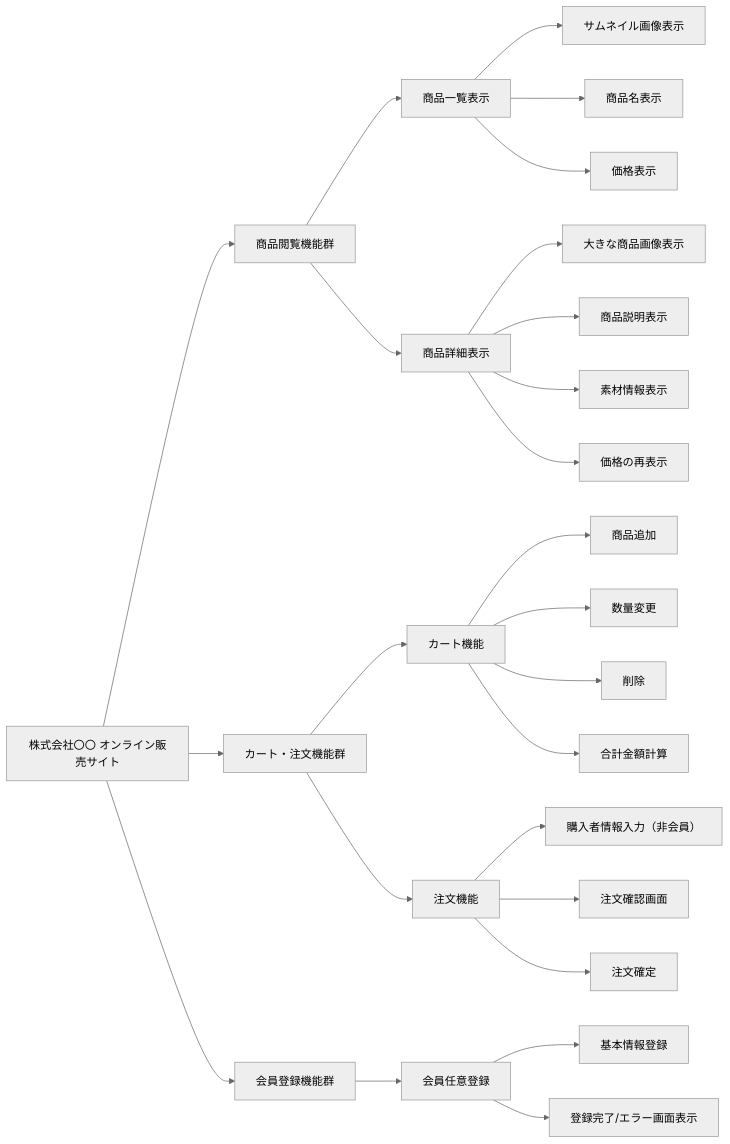
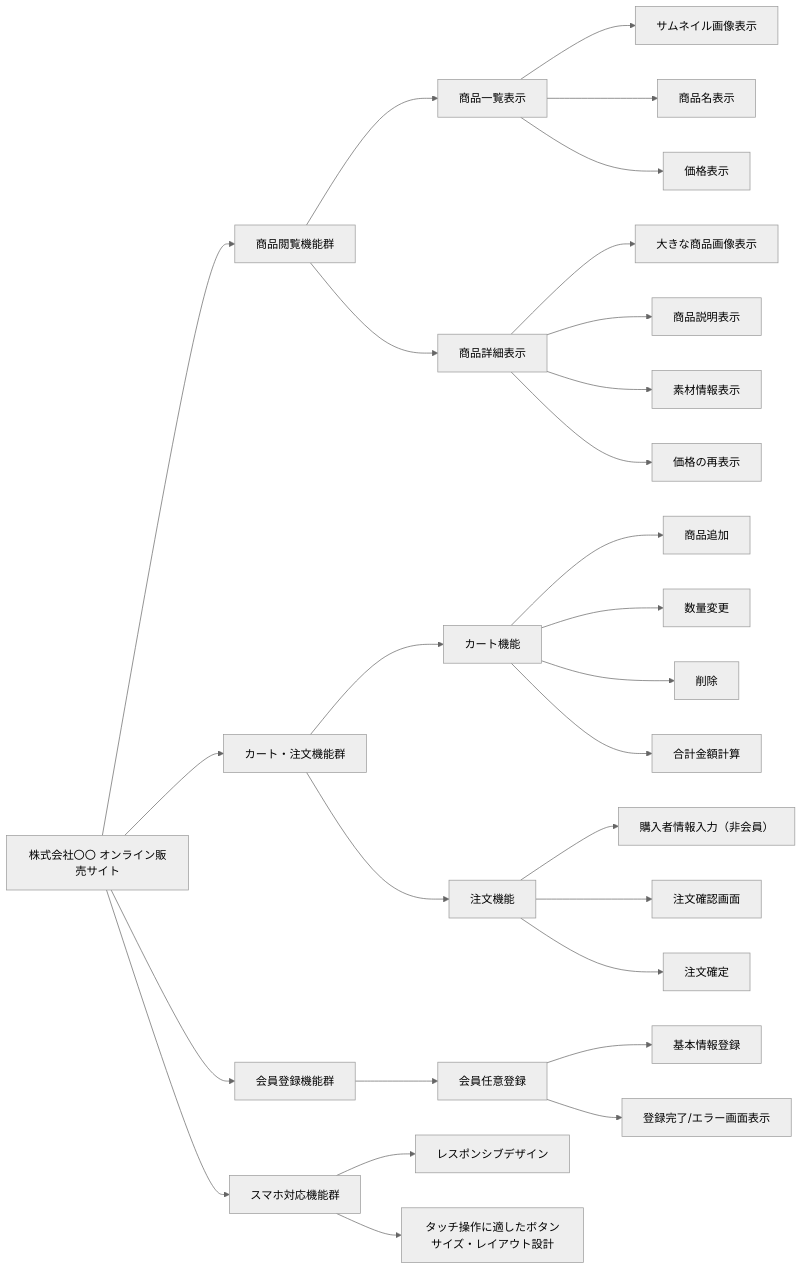
The first of 4 diagrams in 基本設計/機能設計/機能設計.md (ainaga09/ACE), drawn with Mermaid (neutral theme) before and after one commit.

Commit message:
機能構成図追加（スマホ）

```diff
--- a/基本設計/機能設計/機能設計.md
+++ b/基本設計/機能設計/機能設計.md
@@ -48,44 +48,49 @@
 <div class="mermaid">
 graph LR
     ECサイト[株式会社〇〇 オンライン販売サイト]
  
     %% 大分類
     ECサイト --> F1[商品閲覧機能群]
     ECサイト --> F2[カート・注文機能群]
     ECサイト --> F3[会員登録機能群]
+    ECサイト --> F4[スマホ対応機能群]
  
     %% 商品閲覧機能
     F1 --> F1_1[商品一覧表示]
     F1 --> F1_2[商品詳細表示]
  
     %% 商品一覧表示の子機能
     F1_1 --> F1_1_1[サムネイル画像表示]
     F1_1 --> F1_1_2[商品名表示]
     F1_1 --> F1_1_3[価格表示]
  
     %% 商品詳細表示の子機能
     F1_2 --> F1_2_1[大きな商品画像表示]
     F1_2 --> F1_2_2[商品説明表示]
     F1_2 --> F1_2_3[素材情報表示]
     F1_2 --> F1_2_4[価格の再表示]
  
     %% カート・注文機能群
     F2 --> F2_1[カート機能]
     F2 --> F2_2[注文機能]
  
     F2_1 --> F2_1_1[商品追加]
     F2_1 --> F2_1_2[数量変更]
     F2_1 --> F2_1_3[削除]
     F2_1 --> F2_1_4[合計金額計算]
  
     F2_2 --> F2_2_1[購入者情報入力（非会員）]
     F2_2 --> F2_2_2[注文確認画面]
     F2_2 --> F2_2_3[注文確定]
  
     %% 会員登録
     F3 --> F3_1[会員任意登録]
     F3_1 --> F3_1_1[基本情報登録]
     F3_1 --> F3_1_2[登録完了/エラー画面表示]
+
+    %% スマホ対応機能群
+    F4 -->F4_1[レスポンシブデザイン]
+    F4 -->F4_2[タッチ操作に適したボタンサイズ・レイアウト設計]
  
 
 </div>
```
